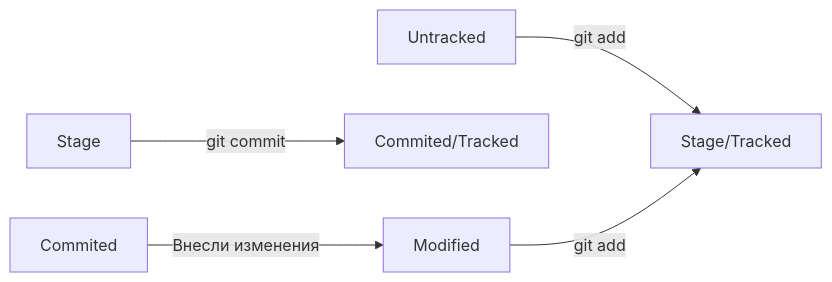
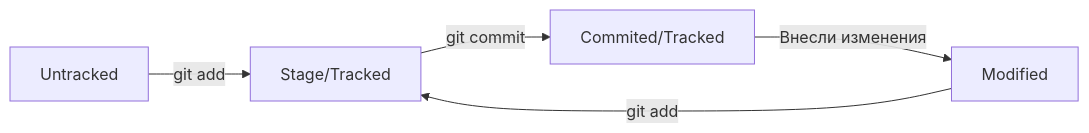
The diagram in README.md (Kirill-Krug/practical-work1), drawn with Mermaid before and after one commit.

Commit message:
Добавить урок о статусах файлов. Корректировка схемы

````diff
--- a/README.md
+++ b/README.md
@@ -77,9 +77,9 @@
 ```mermaid
 graph LR;
 	Untracked -- "git add" --> Stage/Tracked
-	Stage -- "git commit" --> Commited/Tracked
-	Commited -- "Внесли изменения" --> Modified
+	Stage/Tracked -- "git commit" --> Commited/Tracked
+	Commited/Tracked -- "Внесли изменения" --> Modified
 	Modified -- "git add" --> Stage/Tracked
 
 %% Как только мы добавляем новый файл, он является не отслеживаемым. После добавления его в индекс, он получает статус - отслеживаемый. Здесь мы можем изменить файл, но тогда его в индексе останется его неизменённая версия, а изменённую нудно будет внести туда снова. Так же можно закоммитить файл находящийся в индексе. Закоммиченные файлы тоже можно изменить, снова добавить в индекс и закоммитить. ВСЁ ПРОСТО!)
 ```
````
